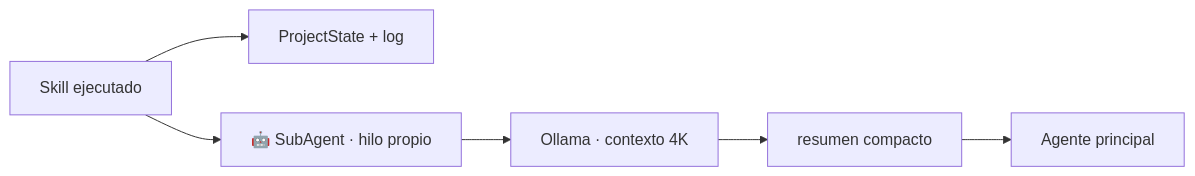
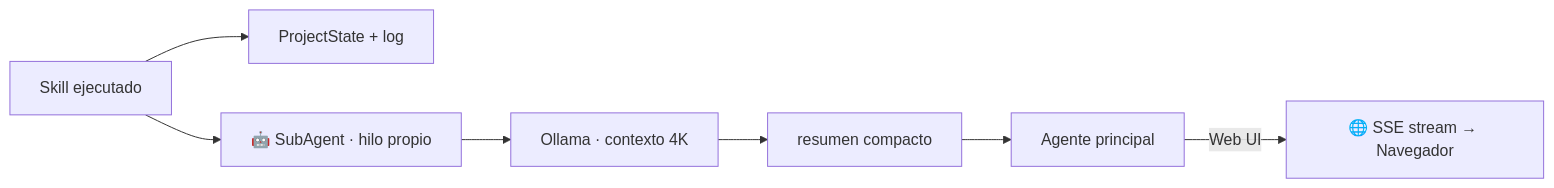
The second of 2 diagrams in README.md (brandonllamas/DarkmoonAgent), drawn with Mermaid before and after one commit. The commit also changed other lines of this file and 3 other files, not shown here.

````diff
--- a/README.md
+++ b/README.md
@@ -326,8 +412,9 @@
 ```mermaid
 flowchart LR
     K[Skill ejecutado] --> P[ProjectState + log]
     K --> SA[🤖 SubAgent · hilo propio]
     SA --> O[Ollama · contexto 4K]
     O --> C[resumen compacto]
     C --> M[Agente principal]
+    M -->|Web UI| W[🌐 SSE stream → Navegador]
 ```
````
